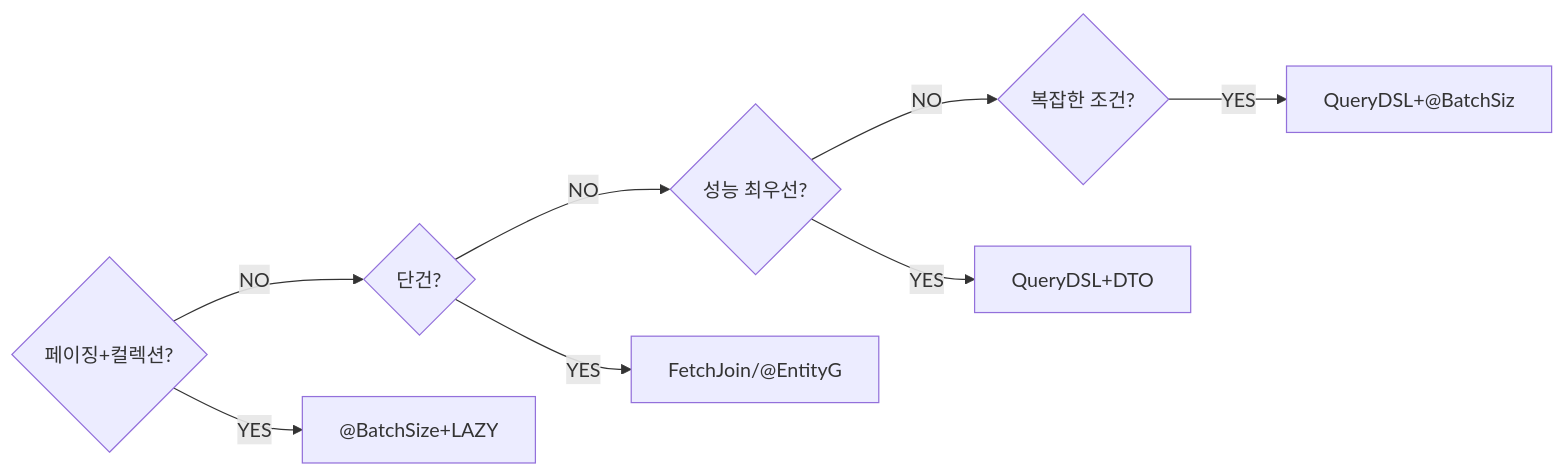
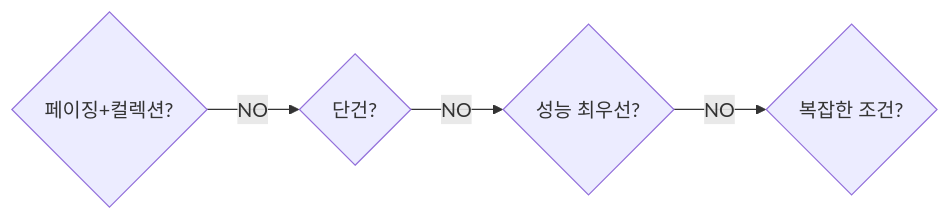
One commit to yjkim2015/yjkim2015.github.io changed the fourth of 6 diagrams in _posts/jpa/2026-05-01-jpa-n-plus-1.md. Above: the diagram before and after it, drawn with Mermaid. The commit also changed other lines of this file and 132 other files, not shown here.

First line of the commit message:
Mermaid 다이어그램 가독성 정리: 단순 제거, 노드 축소, TD→LR 변환

````diff
--- a/_posts/jpa/2026-05-01-jpa-n-plus-1.md
+++ b/_posts/jpa/2026-05-01-jpa-n-plus-1.md
@@ -427,14 +427,10 @@
 ```mermaid
 graph LR
     Q1{"페이징+컬렉션?"}
     Q2{"단건?"}
     Q3{"성능 최우선?"}
     Q4{"복잡한 조건?"}
-    Q1 -->|YES| A1["@BatchSize+LAZY"]
     Q1 -->|NO| Q2
-    Q2 -->|YES| A2["FetchJoin/@EntityG"]
     Q2 -->|NO| Q3
-    Q3 -->|YES| A3["QueryDSL+DTO"]
     Q3 -->|NO| Q4
-    Q4 -->|YES| A4["QueryDSL+@BatchSiz"]
 ```
````
